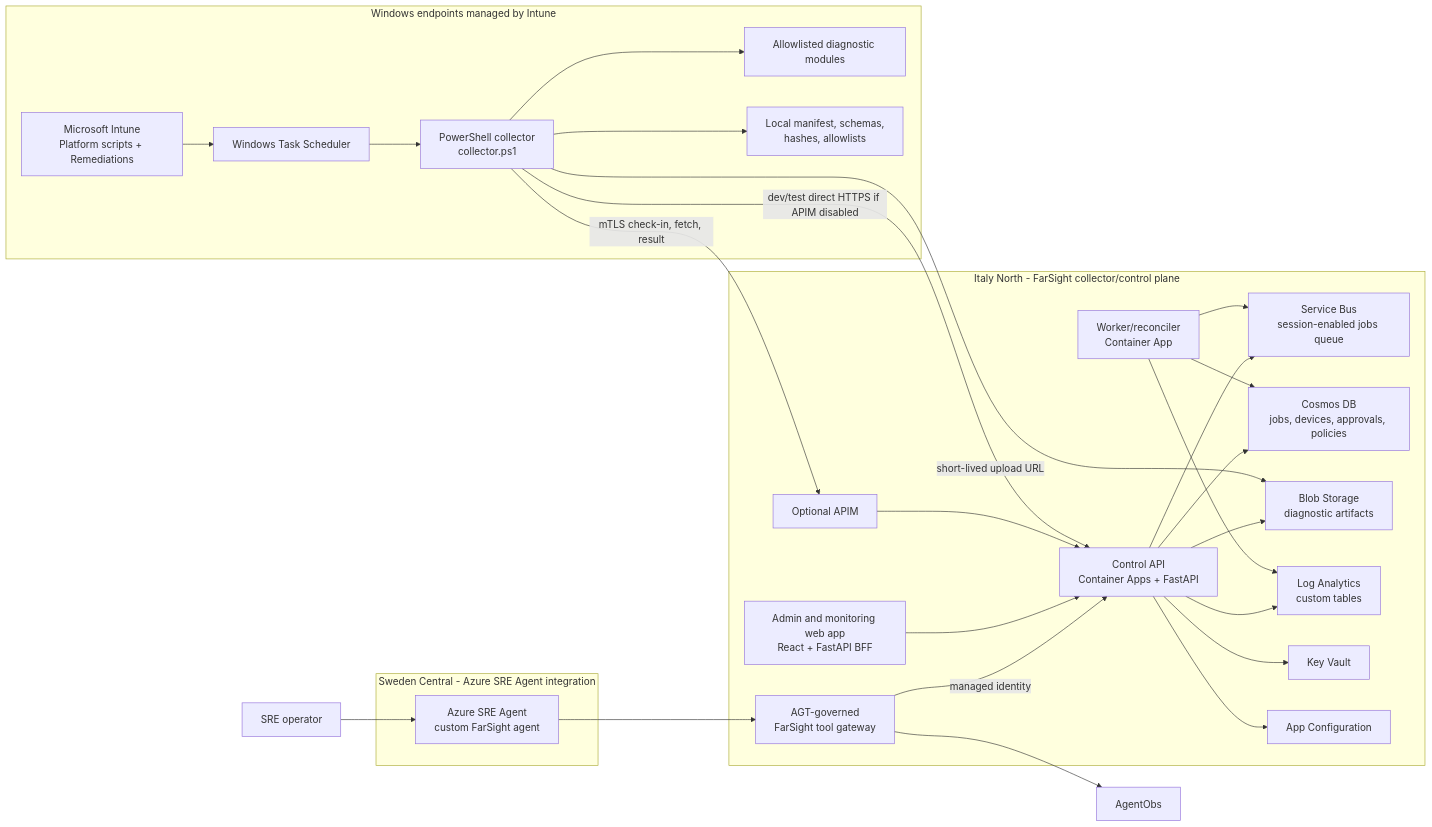
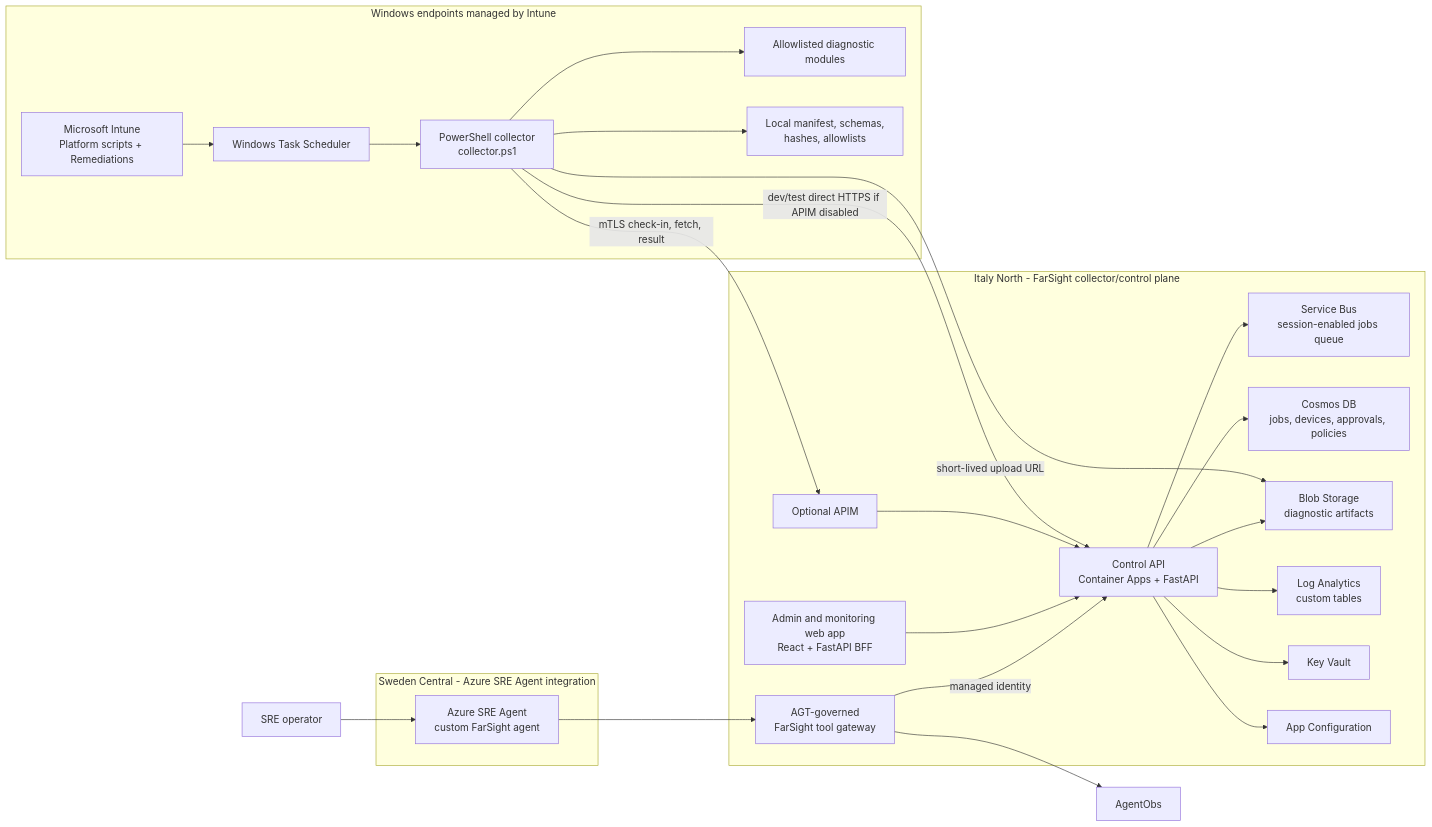
Before and after one commit to MikeCer/agent-azure-farsight: the first of 7 diagrams in docs/architecture/architecture-diagrams.md, drawn with Mermaid. The commit also changed other lines of this file and 23 other files, not shown here.

````diff
--- a/docs/architecture/architecture-diagrams.md
+++ b/docs/architecture/architecture-diagrams.md
@@ -9,51 +9,47 @@
 ```mermaid
 flowchart LR
     subgraph Endpoints["Windows endpoints managed by Intune"]
         Intune["Microsoft Intune<br/>Platform scripts + Remediations"]
         Task["Windows Task Scheduler"]
         Collector["PowerShell collector<br/>collector.ps1"]
         Modules["Allowlisted diagnostic modules"]
         LocalPolicy["Local manifest, schemas,<br/>hashes, allowlists"]
         Intune --> Task
         Task --> Collector
         Collector --> LocalPolicy
         Collector --> Modules
     end
 
     subgraph Italy["Italy North - FarSight collector/control plane"]
         Api["Control API<br/>Container Apps + FastAPI"]
         Admin["Admin and monitoring web app<br/>React + FastAPI BFF"]
-        Worker["Worker/reconciler<br/>Container App"]
         Gateway["AGT-governed<br/>FarSight tool gateway"]
         SB["Service Bus<br/>session-enabled jobs queue"]
         Cosmos["Cosmos DB<br/>jobs, devices, approvals, policies"]
         Blob["Blob Storage<br/>diagnostic artifacts"]
         LA["Log Analytics<br/>custom tables"]
         KV["Key Vault"]
         AppConfig["App Configuration"]
         APIM["Optional APIM"]
     end
 
     subgraph Sweden["Sweden Central - Azure SRE Agent integration"]
         SRE["Azure SRE Agent<br/>custom FarSight agent"]
     end
 
     Operator["SRE operator"] --> SRE
     SRE --> Gateway
     Gateway -->|managed identity| Api
     Admin --> Api
     Api --> Cosmos
     Api --> SB
     Api --> Blob
     Api --> LA
     Api --> KV
     Api --> AppConfig
-    Worker --> SB
-    Worker --> Cosmos
-    Worker --> LA
     Collector -->|mTLS check-in, fetch, result| APIM
     APIM --> Api
     Collector -->|dev/test direct HTTPS if APIM disabled| Api
     Collector -->|short-lived upload URL| Blob
     Gateway --> AgentObs
 ```
````
